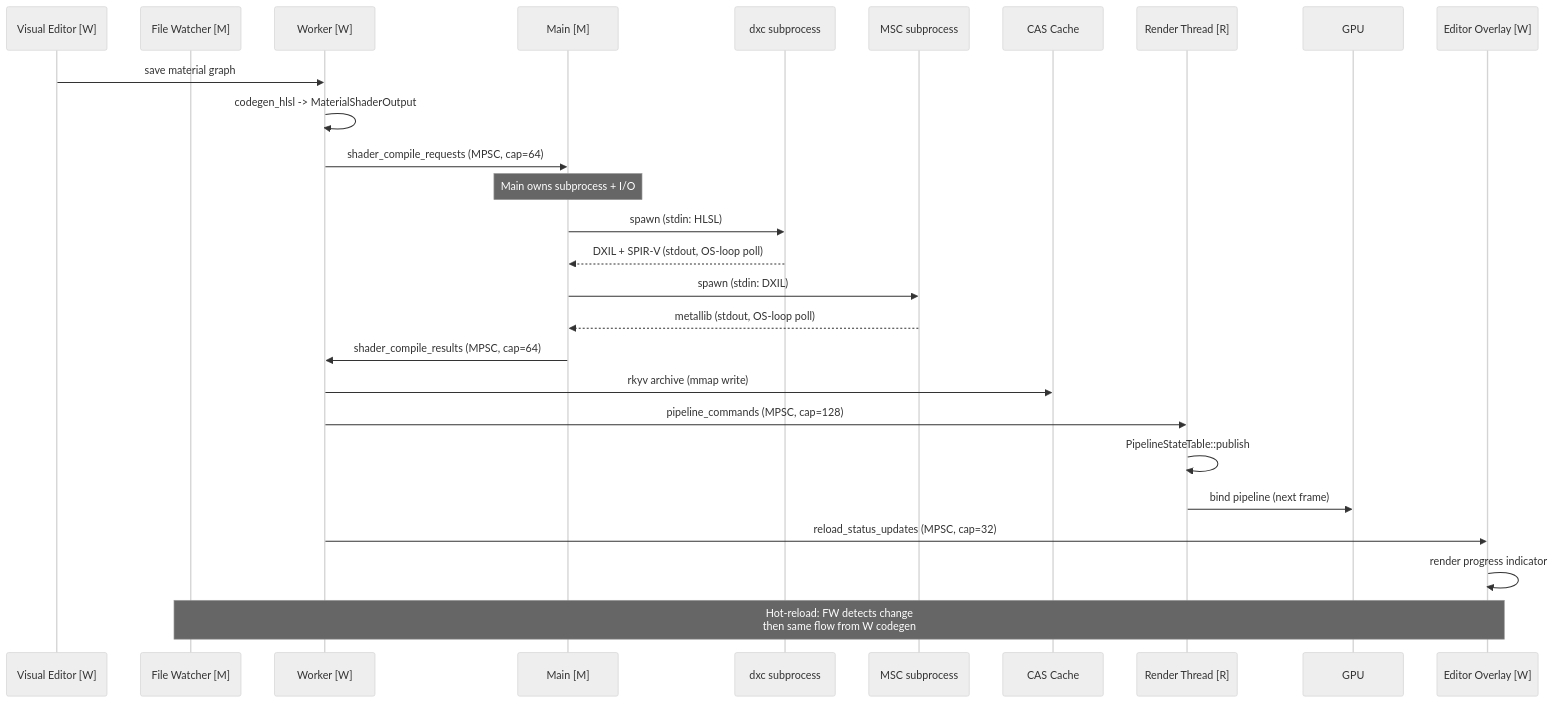
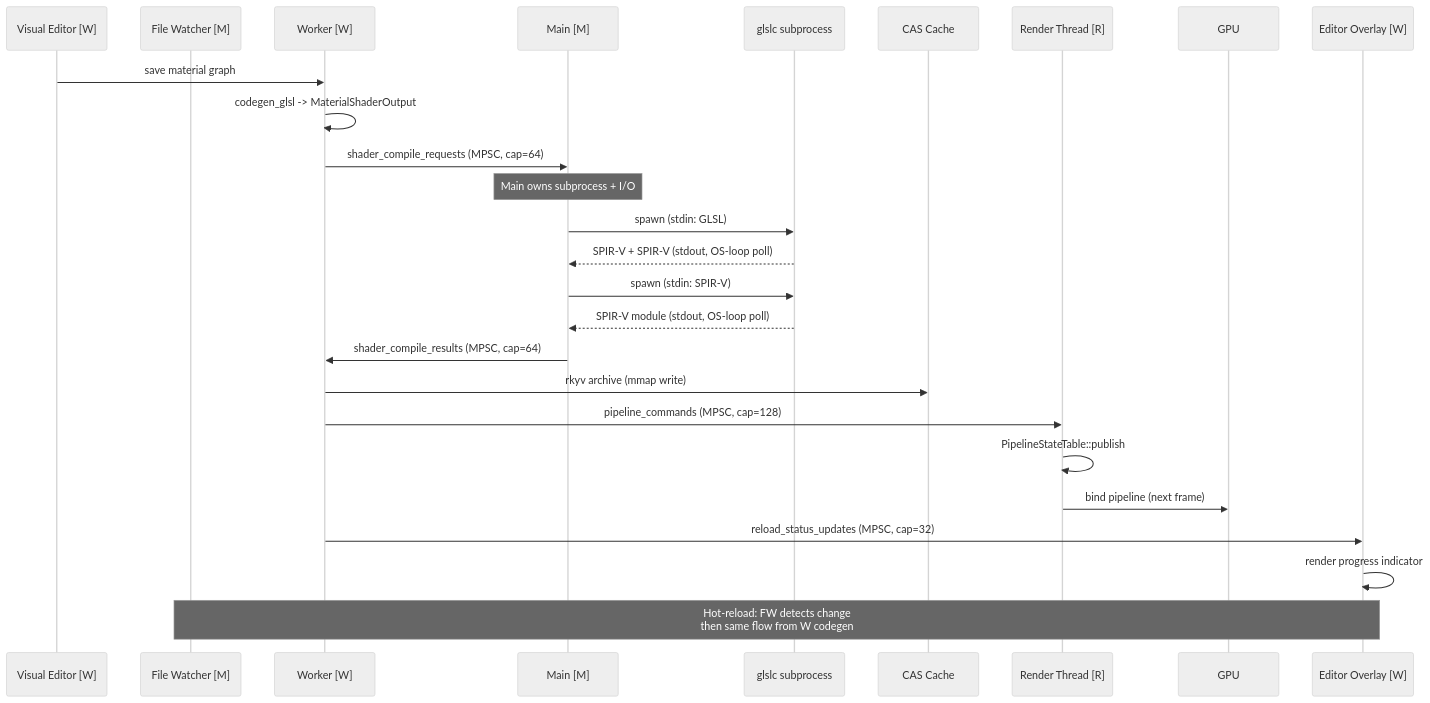
Before and after one commit to harmonius-dev/harmonius: the second of 2 diagrams in docs/design/integration/rendering-scripting.md, drawn with Mermaid (neutral theme). The commit also changed other lines of this file and 128 other files, not shown here.

````diff
--- a/docs/design/integration/rendering-scripting.md
+++ b/docs/design/integration/rendering-scripting.md
@@ -455,31 +455,31 @@
 ```mermaid
 sequenceDiagram
     participant VE as Visual Editor [W]
     participant FW as File Watcher [M]
     participant W as Worker [W]
     participant M as Main [M]
-    participant DXC as dxc subprocess
-    participant MSC as MSC subprocess
+    participant glslc as glslc subprocess
+    participant glslc as glslc subprocess
     participant CAS as CAS Cache
     participant R as Render Thread [R]
     participant GPU as GPU
     participant UI as Editor Overlay [W]
 
     VE->>W: save material graph
-    W->>W: codegen_hlsl -> MaterialShaderOutput
+    W->>W: codegen_glsl -> MaterialShaderOutput
     W->>M: shader_compile_requests (MPSC, cap=64)
     Note over M: Main owns subprocess + I/O
-    M->>DXC: spawn (stdin: HLSL)
-    DXC-->>M: DXIL + SPIR-V (stdout, OS-loop poll)
-    M->>MSC: spawn (stdin: DXIL)
-    MSC-->>M: metallib (stdout, OS-loop poll)
+    M->>glslc: spawn (stdin: GLSL)
+    glslc-->>M: SPIR-V + SPIR-V (stdout, OS-loop poll)
+    M->>glslc: spawn (stdin: SPIR-V)
+    glslc-->>M: SPIR-V module (stdout, OS-loop poll)
     M->>W: shader_compile_results (MPSC, cap=64)
     W->>CAS: rkyv archive (mmap write)
     W->>R: pipeline_commands (MPSC, cap=128)
     R->>R: PipelineStateTable::publish
     R->>GPU: bind pipeline (next frame)
     W->>UI: reload_status_updates (MPSC, cap=32)
     UI->>UI: render progress indicator
 
     Note over FW,UI: Hot-reload: FW detects change<br/>then same flow from W codegen
 ```
````
